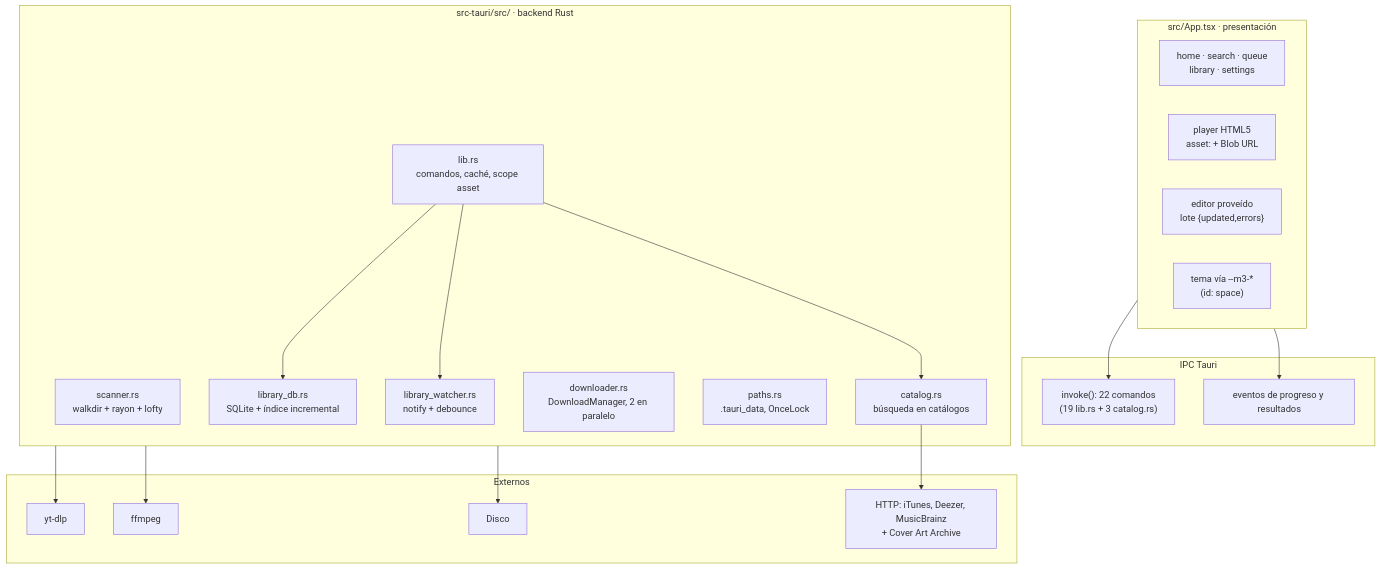
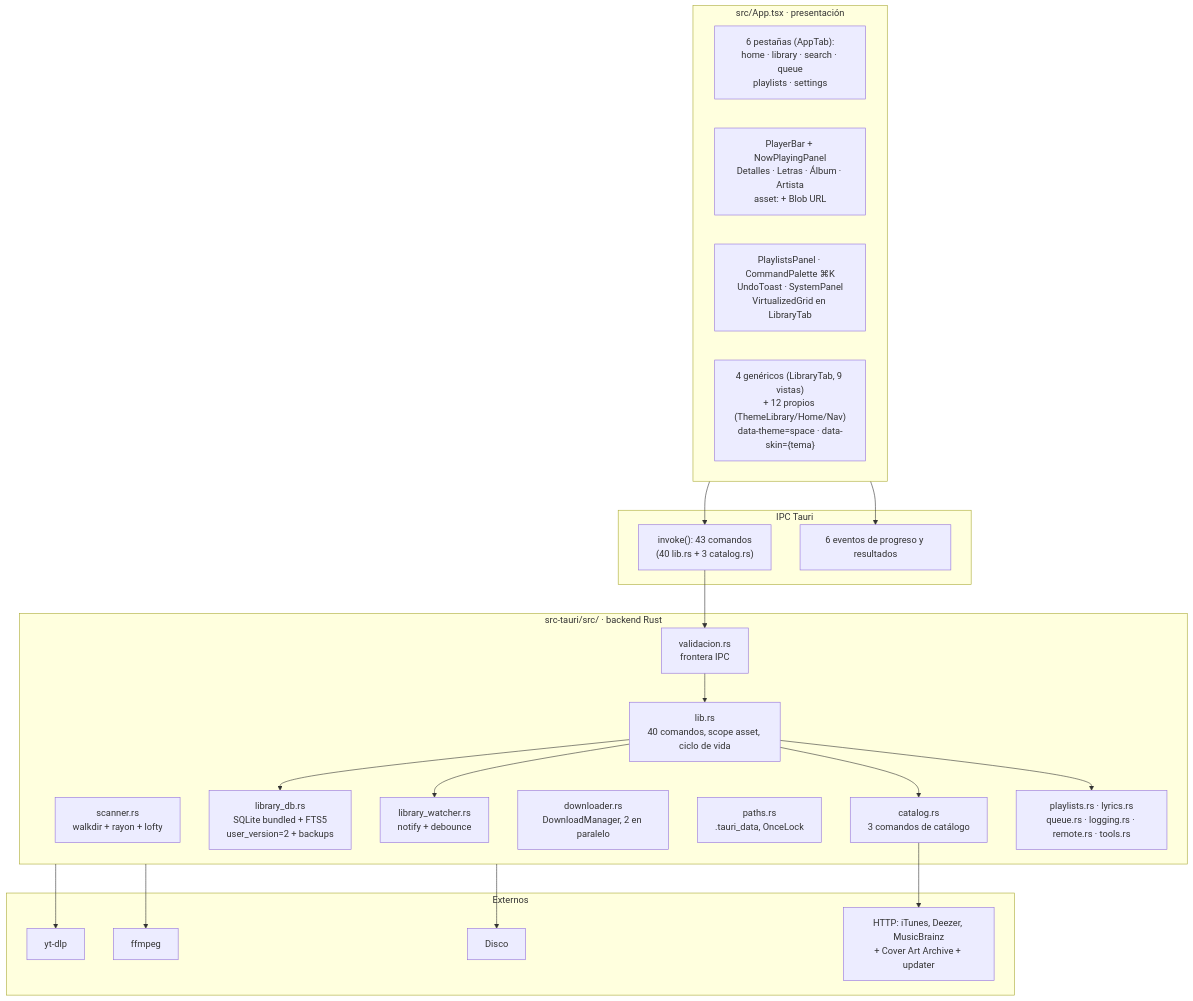
The second of 5 diagrams in docs/arquitectura.md (YordanoCS1/sakura-music), drawn with Mermaid before and after one commit. The commit also changed other lines of this file and 33 other files, not shown here.

````diff
--- a/docs/arquitectura.md
+++ b/docs/arquitectura.md
@@ -26,41 +28,46 @@
 ```mermaid
 flowchart TB
     subgraph UI["src/App.tsx · presentación"]
-        HOME["home · search · queue<br/>library · settings"]
-        PLAYER["player HTML5<br/>asset: + Blob URL"]
-        EDITOR["editor proveído<br/>lote {updated,errors}"]
-        THEME["tema vía --m3-*<br/>(id: space)"]
+        TABS["6 pestañas (AppTab):<br/>home · library · search · queue<br/>playlists · settings"]
+        PLAYER["PlayerBar + NowPlayingPanel<br/>Detalles · Letras · Álbum · Artista<br/>asset: + Blob URL"]
+        PANEL["PlaylistsPanel · CommandPalette ⌘K<br/>UndoToast · SystemPanel<br/>VirtualizedGrid en LibraryTab"]
+        THEME["4 genéricos (LibraryTab, 9 vistas)<br/>+ 12 propios (ThemeLibrary/Home/Nav)<br/>data-theme=space · data-skin={tema}"]
     end
 
     subgraph IPC["IPC Tauri"]
-        CMD["invoke(): 22 comandos<br/>(19 lib.rs + 3 catalog.rs)"]
-        EVT["eventos de progreso y resultados"]
+        CMD["invoke(): 43 comandos<br/>(40 lib.rs + 3 catalog.rs)"]
+        EVT["6 eventos de progreso y resultados"]
     end
 
     subgraph CORE["src-tauri/src/ · backend Rust"]
         SCAN["scanner.rs<br/>walkdir + rayon + lofty"]
-        DB["library_db.rs<br/>SQLite + índice incremental"]
+        DB["library_db.rs<br/>SQLite bundled + FTS5<br/>user_version=2 + backups"]
         WATCH["library_watcher.rs<br/>notify + debounce"]
         DL["downloader.rs<br/>DownloadManager, 2 en paralelo"]
         PATH["paths.rs<br/>.tauri_data, OnceLock"]
-        LIB["lib.rs<br/>comandos, caché, scope asset"]
-        CATALOG["catalog.rs<br/>búsqueda en catálogos"]
+        LIB["lib.rs<br/>40 comandos, scope asset, ciclo de vida"]
+        CATALOG["catalog.rs<br/>3 comandos de catálogo"]
+        VAL["validacion.rs<br/>frontera IPC"]
+        PL["playlists.rs · lyrics.rs<br/>queue.rs · logging.rs · remote.rs · tools.rs"]
     end
 
     subgraph EXT["Externos"]
         YTDLP["yt-dlp"]
         FFMPEG["ffmpeg"]
-        NET["HTTP: iTunes, Deezer, MusicBrainz<br/>+ Cover Art Archive"]
+        NET["HTTP: iTunes, Deezer, MusicBrainz<br/>+ Cover Art Archive + updater"]
         DISK["Disco"]
     end
 
     UI --> CMD
     UI --> EVT
+    CMD --> VAL
+    VAL --> LIB
     LIB --> DB
     LIB --> WATCH
     LIB --> CATALOG
+    LIB --> PL
     CORE --> YTDLP
     CORE --> FFMPEG
     CATALOG --> NET
     CORE --> DISK
 ```
````
